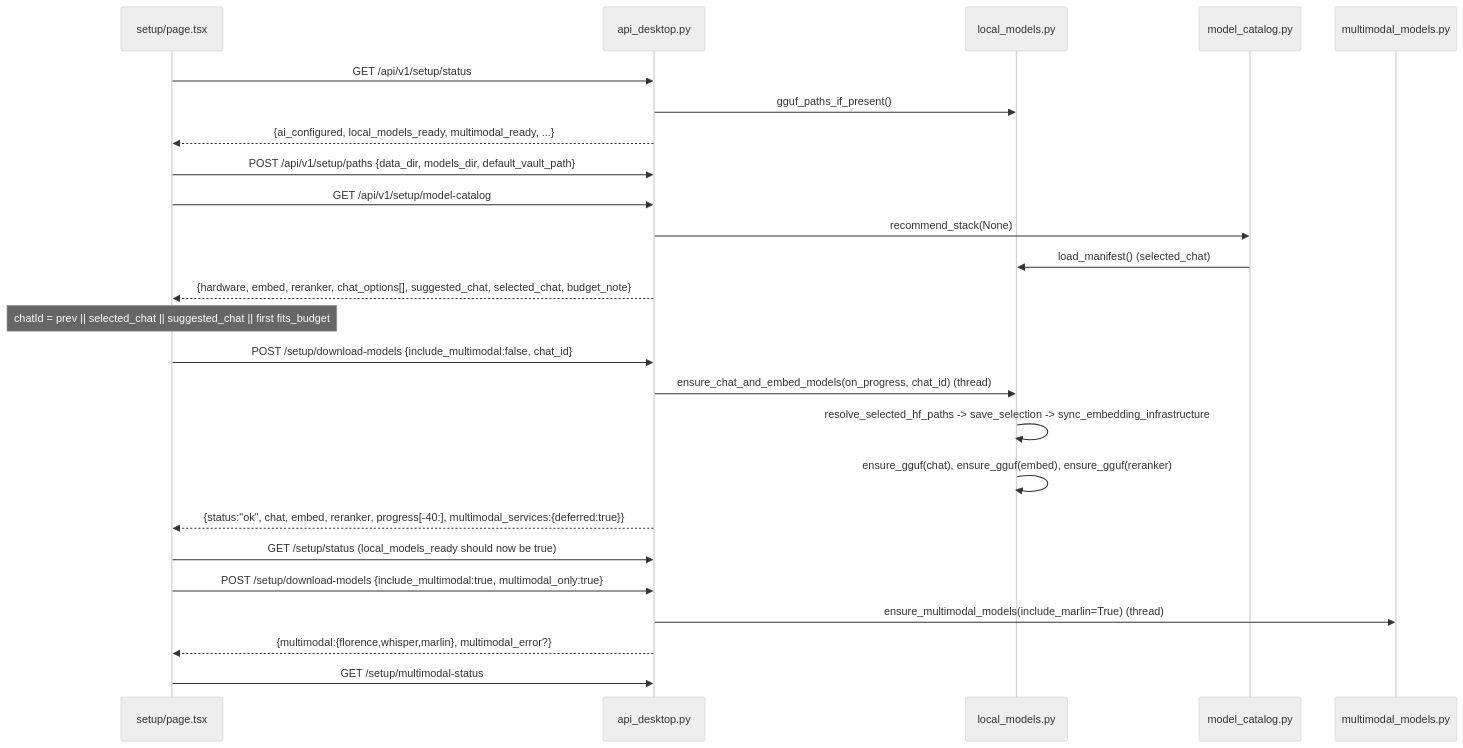
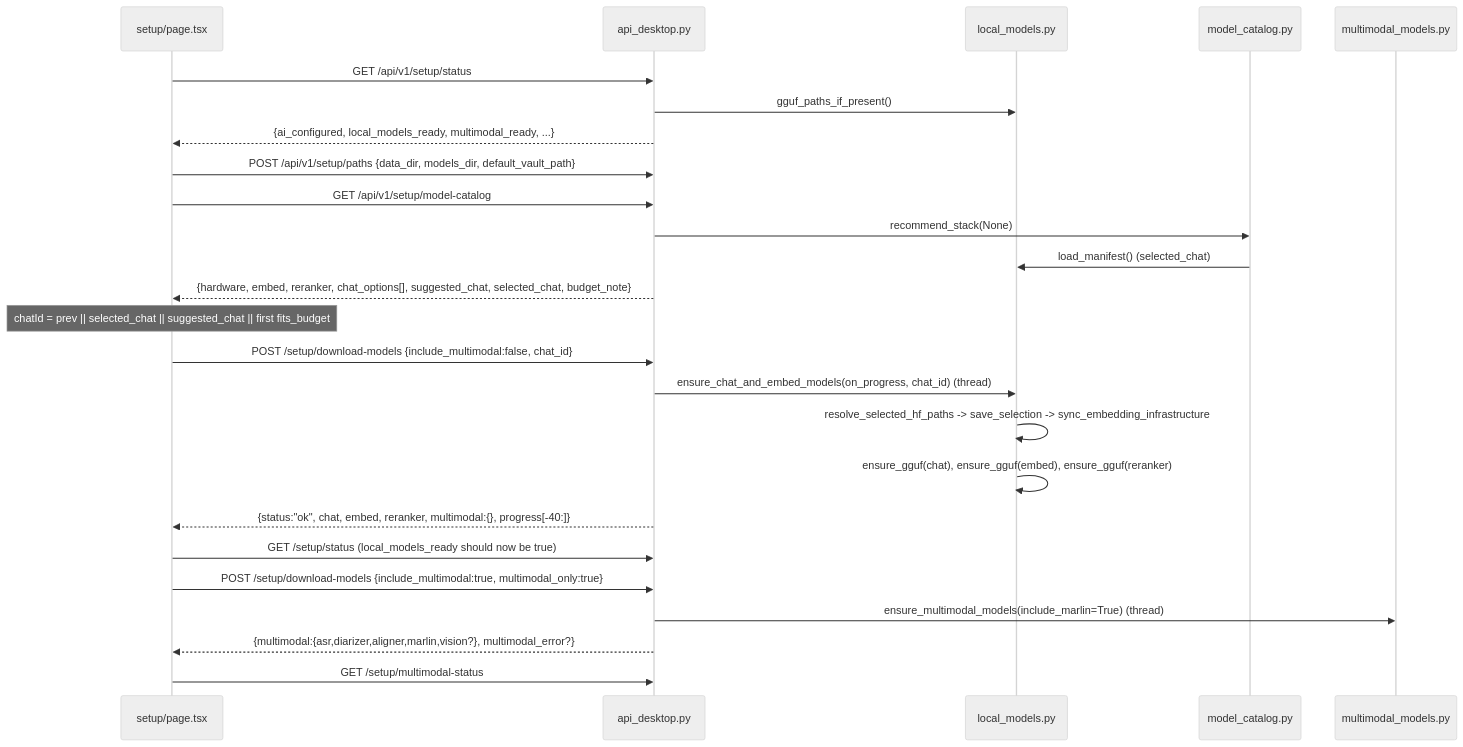
The second of 3 diagrams in Docs/12-local-models-and-inference.md (josetseph/Orb), drawn with Mermaid (neutral theme) before and after one commit. The commit also changed other lines of this file and 35 other files, not shown here.

````diff
--- a/Docs/12-local-models-and-inference.md
+++ b/Docs/12-local-models-and-inference.md
@@ -107,27 +108,27 @@
 ```mermaid
 sequenceDiagram
   participant FE as setup/page.tsx
   participant API as api_desktop.py
   participant LM as local_models.py
   participant MC as model_catalog.py
   participant MMM as multimodal_models.py
   FE->>API: GET /api/v1/setup/status
   API->>LM: gguf_paths_if_present()
   API-->>FE: {ai_configured, local_models_ready, multimodal_ready, ...}
   FE->>API: POST /api/v1/setup/paths {data_dir, models_dir, default_vault_path}
   FE->>API: GET /api/v1/setup/model-catalog
   API->>MC: recommend_stack(None)
   MC->>LM: load_manifest() (selected_chat)
   API-->>FE: {hardware, embed, reranker, chat_options[], suggested_chat, selected_chat, budget_note}
   Note over FE: chatId = prev || selected_chat || suggested_chat || first fits_budget
   FE->>API: POST /setup/download-models {include_multimodal:false, chat_id}
   API->>LM: ensure_chat_and_embed_models(on_progress, chat_id) (thread)
   LM->>LM: resolve_selected_hf_paths -> save_selection -> sync_embedding_infrastructure
   LM->>LM: ensure_gguf(chat), ensure_gguf(embed), ensure_gguf(reranker)
-  API-->>FE: {status:"ok", chat, embed, reranker, progress[-40:], multimodal_services:{deferred:true}}
+  API-->>FE: {status:"ok", chat, embed, reranker, multimodal:{}, progress[-40:]}
   FE->>API: GET /setup/status (local_models_ready should now be true)
   FE->>API: POST /setup/download-models {include_multimodal:true, multimodal_only:true}
   API->>MMM: ensure_multimodal_models(include_marlin=True) (thread)
-  API-->>FE: {multimodal:{florence,whisper,marlin}, multimodal_error?}
+  API-->>FE: {multimodal:{asr,diarizer,aligner,marlin,vision?}, multimodal_error?}
   FE->>API: GET /setup/multimodal-status
 ```
````
